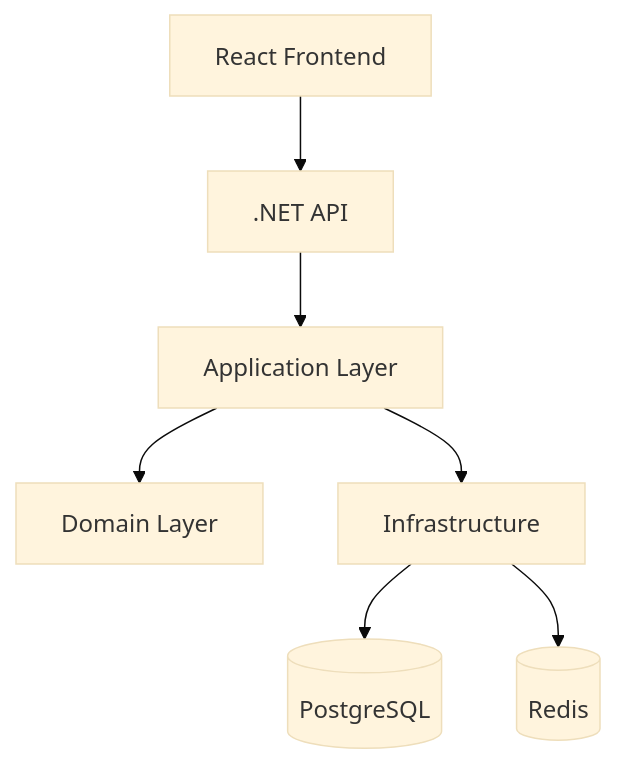
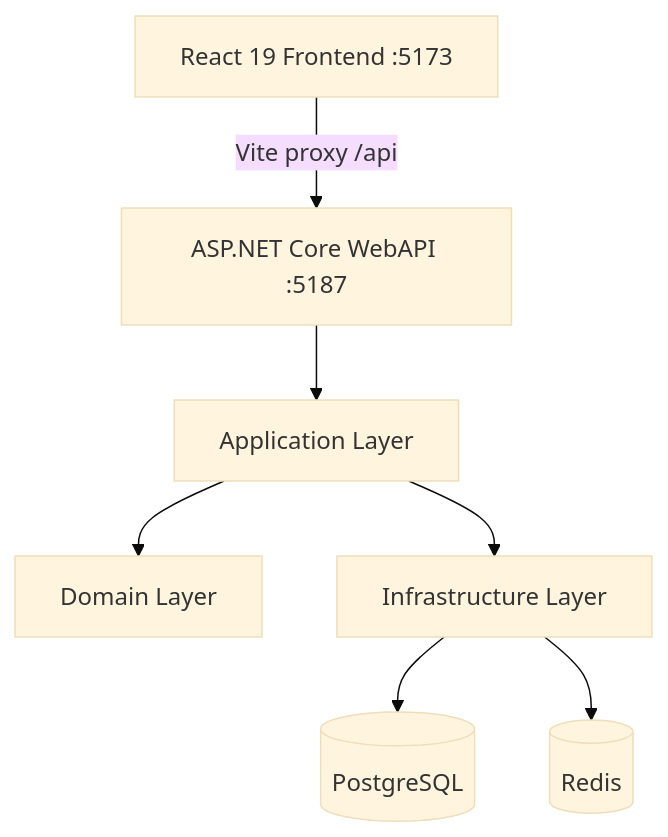
Before and after one commit to hsummerhays/CodeDialect: the diagram in README.md, drawn with Mermaid (base theme). The commit also changed other lines of this file and 39 other files, not shown here.

Commit message:
feat: implement core backend architecture, challenge submission logic, and initial API domain seeding

````diff
--- a/README.md
+++ b/README.md
@@ -93,17 +50,17 @@
 ```mermaid
 graph TD
-    Web[React Frontend]
-    API[.NET API]
+    Web[React 19 Frontend :5173]
+    API[ASP.NET Core WebAPI :5187]
     App[Application Layer]
     Domain[Domain Layer]
-    Infra[Infrastructure]
+    Infra[Infrastructure Layer]
     DB[(PostgreSQL)]
     Redis[(Redis)]
 
-    Web --> API
+    Web -->|Vite proxy /api| API
     API --> App
     App --> Domain
     App --> Infra
     Infra --> DB
     Infra --> Redis
 ```
````
